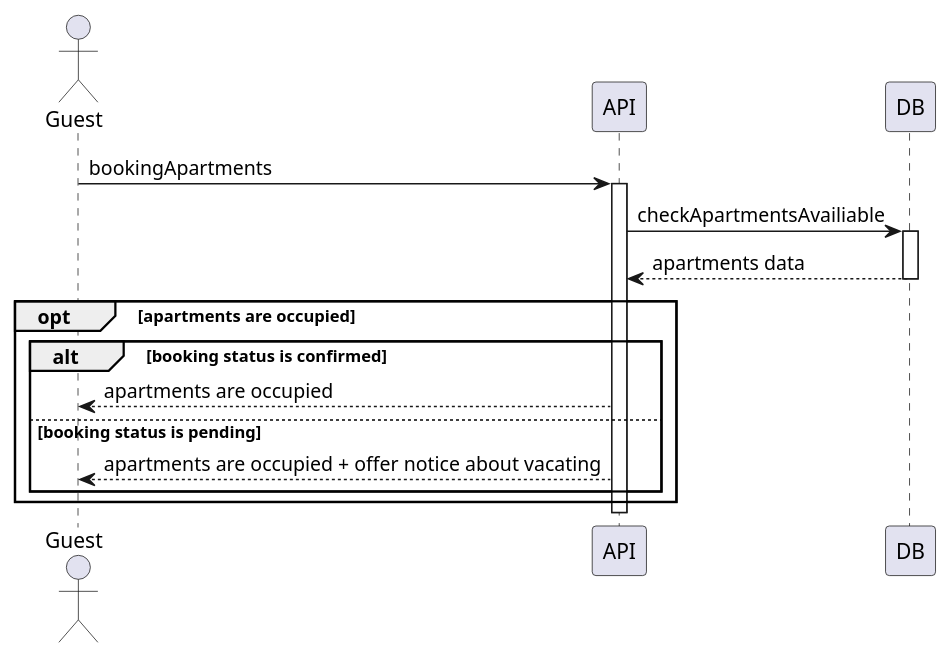
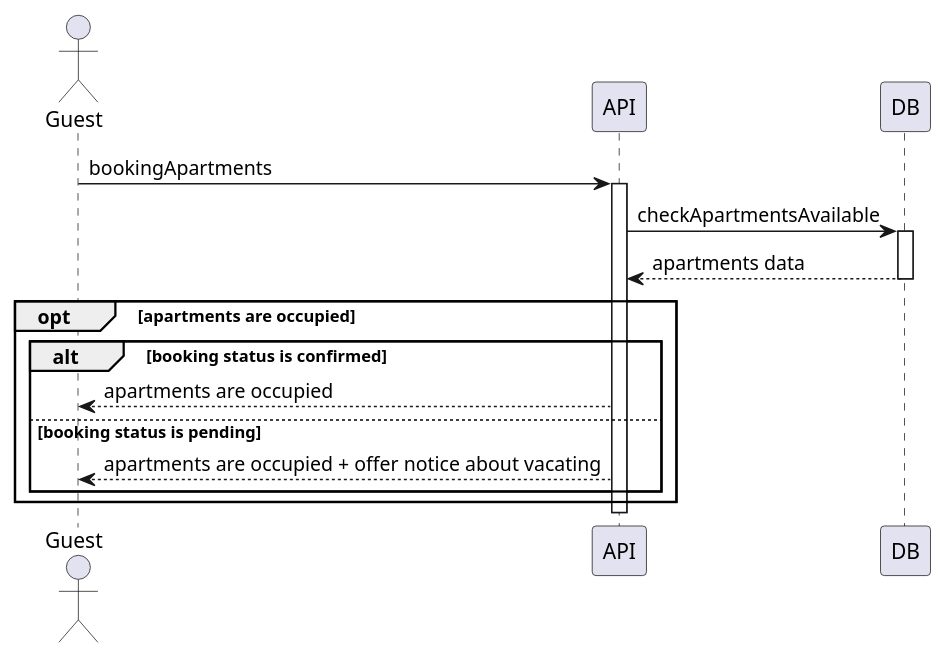
One commit to opvlad/kpi-mavpz changed the diagram in lab3/sequence-3.md. Above: the diagram before and after it, drawn with PlantUML. The commit also changed 2 other files, not shown here.

````diff
--- a/lab3/sequence-3.md
+++ b/lab3/sequence-3.md
@@ -2,25 +2,25 @@
 ```plantuml
 @startuml
 
 actor Guest as guest
 
 guest -> API : bookingApartments
 activate API
 
-API -> DB : checkApartmentsAvailiable
+API -> DB : checkApartmentsAvailable
 activate DB 
 DB --> API : apartments data
 deactivate DB 
 
 opt apartments are occupied
 alt booking status is confirmed
 API --> guest : apartments are occupied
 else booking status is pending
 API --> guest : apartments are occupied + offer notice about vacating
 end
 end
 deactivate API
 
 
 @enduml
 ```
````
